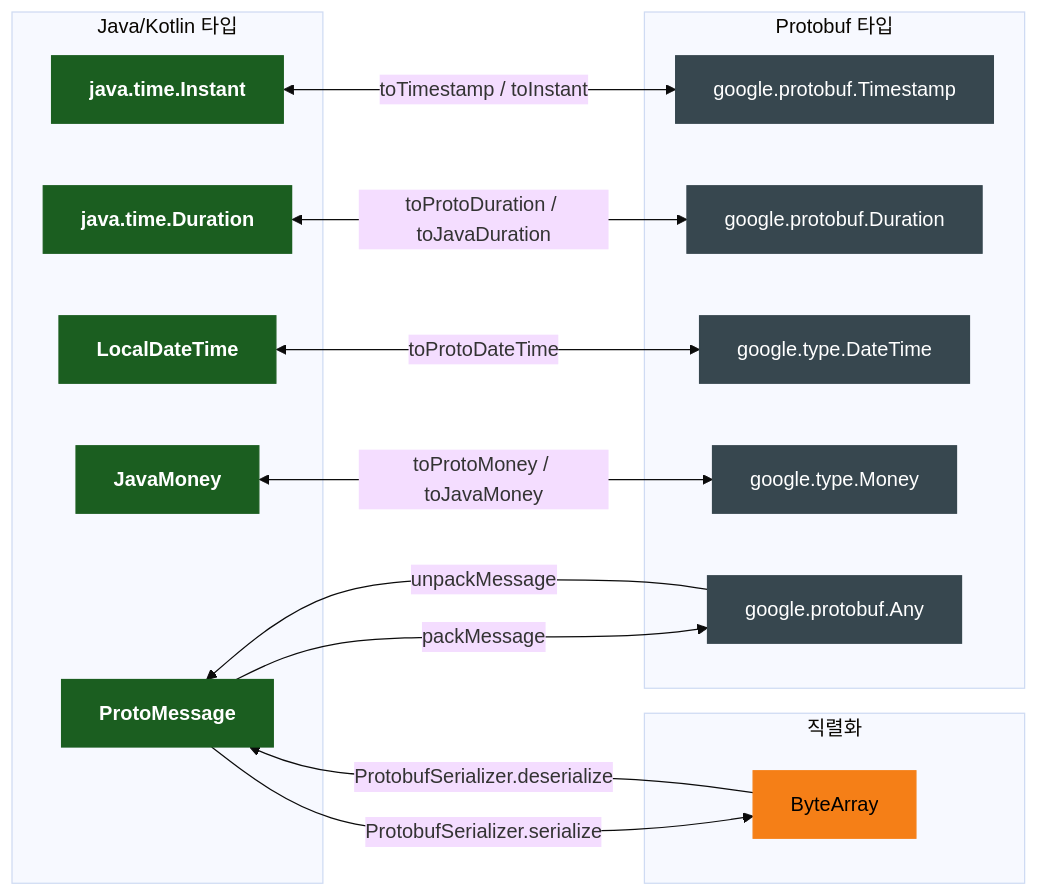
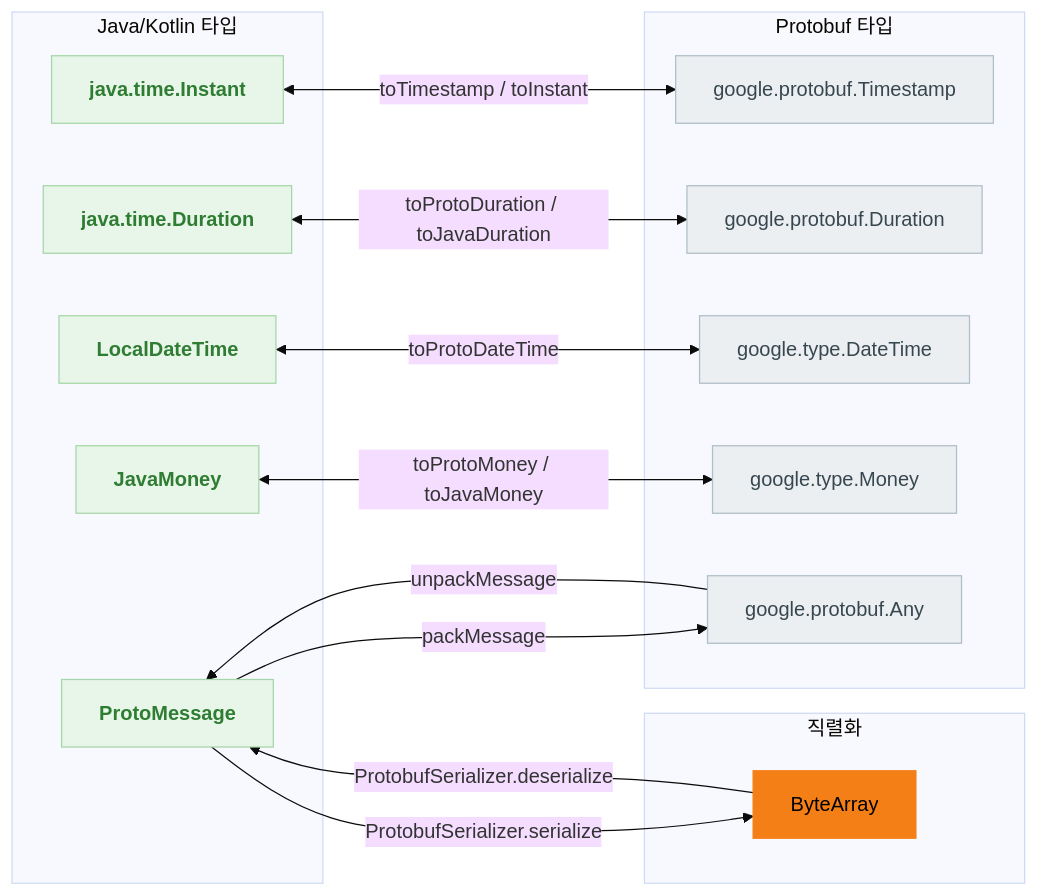
Before and after one commit to bluetape4k/bluetape4k-projects: the second of 3 diagrams in io/protobuf/README.ko.md, drawn with Mermaid (base theme). The commit also changed other lines of this file and 219 other files, not shown here.

First line of the commit message:
docs: 전체 README Mermaid 다이어그램 가이드 적용

````diff
--- a/io/protobuf/README.ko.md
+++ b/io/protobuf/README.ko.md
@@ -75,39 +75,39 @@
 ```mermaid
 flowchart LR
     subgraph Java_Types["Java/Kotlin 타입"]
         INS[java.time.Instant]
         DUR[java.time.Duration]
         LDT[LocalDateTime]
         JM[JavaMoney]
         MSG[ProtoMessage]
     end
 
     subgraph Proto_Types["Protobuf 타입"]
         TS[google.protobuf.Timestamp]
         PD[google.protobuf.Duration]
         DT[google.type.DateTime]
         PM[google.type.Money]
         ANY[google.protobuf.Any]
     end
 
     subgraph 직렬화
         BA[ByteArray]
     end
 
     INS <-->|toTimestamp / toInstant| TS
     DUR <-->|toProtoDuration / toJavaDuration| PD
     LDT <-->|toProtoDateTime| DT
     JM <-->|toProtoMoney / toJavaMoney| PM
     MSG -->|packMessage| ANY
     ANY -->|unpackMessage| MSG
     MSG -->|ProtobufSerializer.serialize| BA
     BA -->|ProtobufSerializer.deserialize| MSG
 
-    classDef coreStyle fill:#1B5E20,stroke:#1B5E20,color:#FFFFFF,font-weight:bold
-    classDef extStyle fill:#37474F,stroke:#37474F,color:#FFFFFF
+    classDef coreStyle fill:#E8F5E9,stroke:#A5D6A7,color:#2E7D32,font-weight:bold
+    classDef extStyle fill:#ECEFF1,stroke:#B0BEC5,color:#37474F
     classDef dataStyle fill:#F57F17,stroke:#F57F17,color:#000000
 
     class INS,DUR,LDT,JM,MSG coreStyle
     class TS,PD,DT,PM,ANY extStyle
     class BA dataStyle
 ```
````
